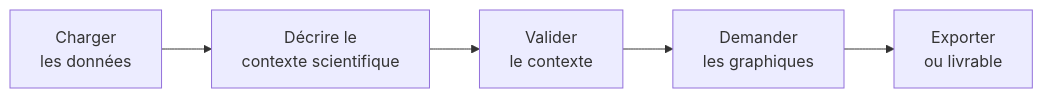
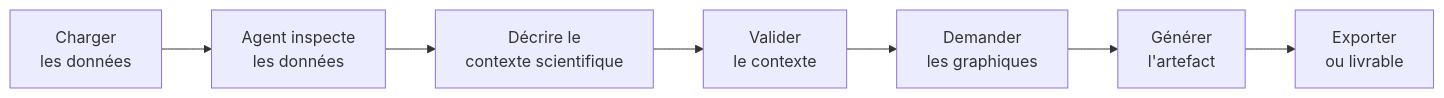
The second of 3 diagrams in docs/PRD_IDEA_copepod.md (TidianeCisse777/assistant-copepodes-specs), drawn with Mermaid before and after one commit. The commit also changed other lines of this file and 1 other file, not shown here.

Commit message:
docs: extend lifecycle — agent inspecte données + étape génération artefact

````diff
--- a/docs/PRD_IDEA_copepod.md
+++ b/docs/PRD_IDEA_copepod.md
@@ -114,7 +114,9 @@
 ```mermaid
 flowchart LR
-    A[Charger\nles données] --> B[Décrire le\ncontexte scientifique]
-    B --> C[Valider\nle contexte]
-    C --> D[Demander\nles graphiques]
-    D --> E[Exporter\nou livrable]
+    A[Charger\nles données] --> B[Agent inspecte\nles données]
+    B --> C[Décrire le\ncontexte scientifique]
+    C --> D[Valider\nle contexte]
+    D --> E[Demander\nles graphiques]
+    E --> F[Générer\nl'artefact]
+    F --> G[Exporter\nou livrable]
 ```
````
